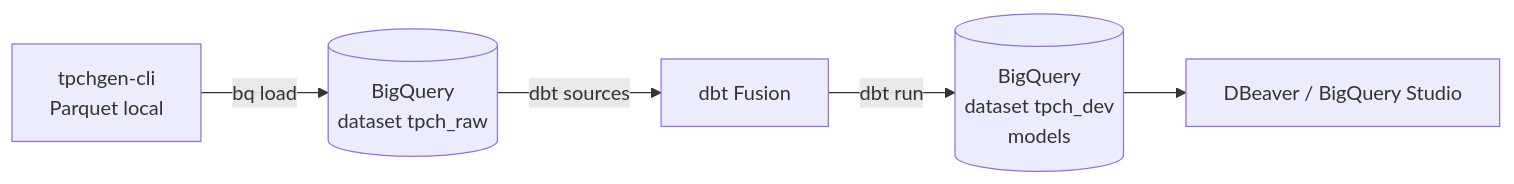
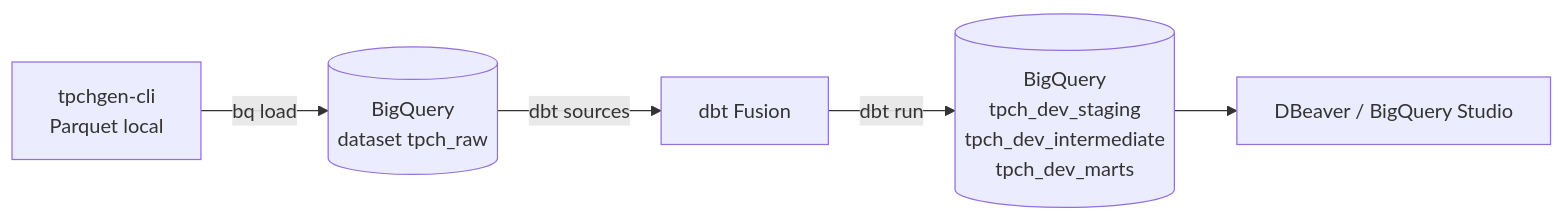
Before and after one commit to Tinemz/tpch-analytics-engineering: the first of 2 diagrams in README.md, drawn with Mermaid. The commit also changed other lines of this file, not shown here.

````diff
--- a/README.md
+++ b/README.md
@@ -7,7 +7,7 @@
 ```mermaid
 flowchart LR
     A[tpchgen-cli<br/>Parquet local] -->|bq load| B[(BigQuery<br/>dataset tpch_raw)]
     B -->|dbt sources| C[dbt Fusion]
-    C -->|dbt run| D[(BigQuery<br/>dataset tpch_dev<br/>models)]
+    C -->|dbt run| D[(BigQuery<br/>tpch_dev_staging<br/>tpch_dev_intermediate<br/>tpch_dev_marts)]
     D --> E[DBeaver / BigQuery Studio]
 ```
````
